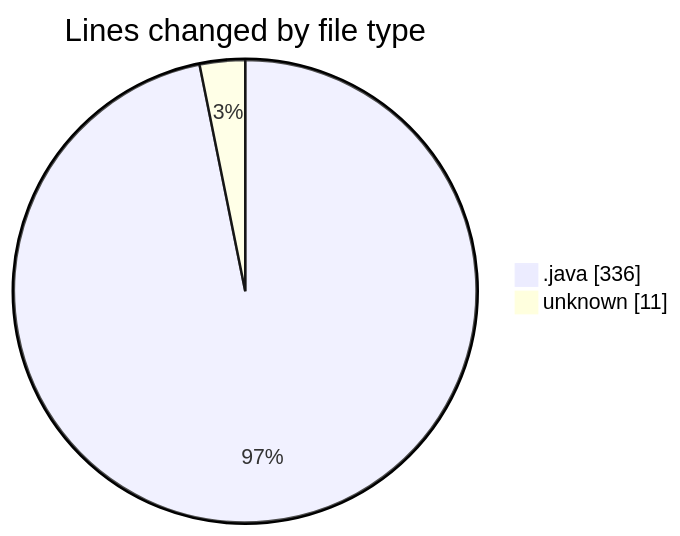
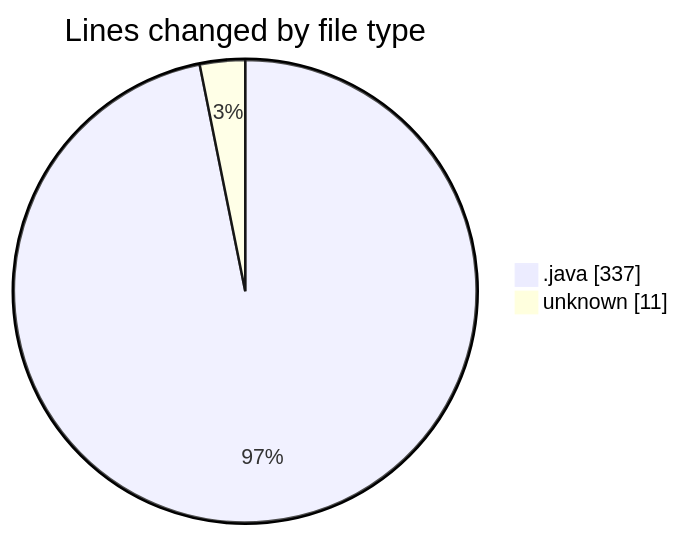
The first of 2 diagrams in 2026-04-27/cilapp/README.md (ricardozamudiocil/code-tracking), drawn with Mermaid before and after one commit. The commit also changed other lines of this file and 1 other file, not shown here.

````diff
--- a/2026-04-27/cilapp/README.md
+++ b/2026-04-27/cilapp/README.md
@@ -22,6 +22,6 @@
 ```mermaid
 pie showData
 title Lines changed by file type
-".java" : 336
+".java" : 337
 "unknown" : 11
 ```
````
